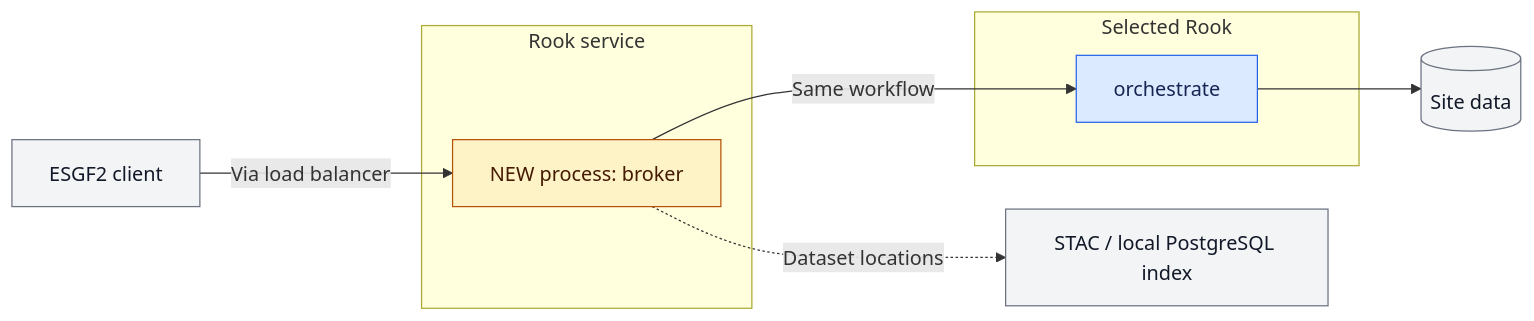
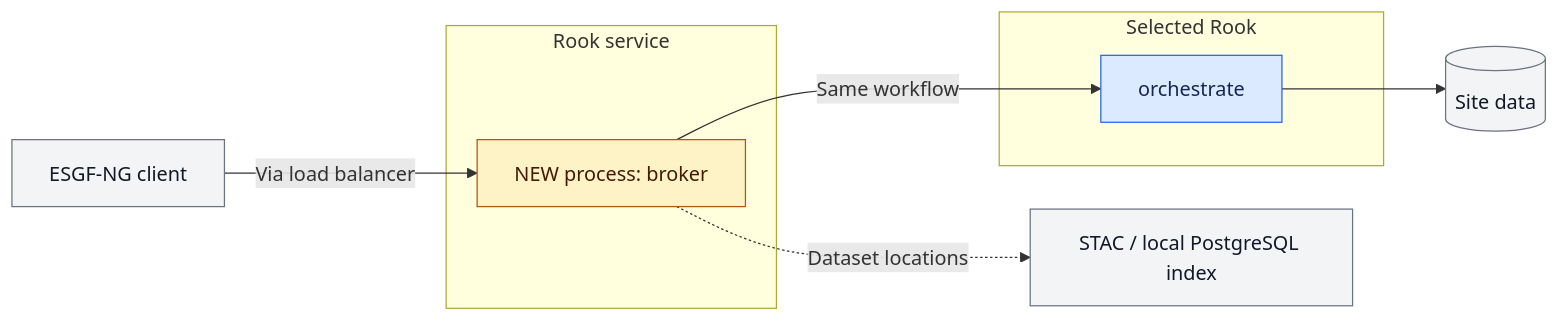
The fourth of 11 diagrams in Rook_WPS_ESGF2_talk_draft.md (roocs/rook), drawn with Mermaid before and after one commit. The commit also changed other lines of this file and 1 other file, not shown here.

Commit message:
renamed to ESGF-NG

````diff
--- a/Rook_WPS_ESGF2_talk_draft.md
+++ b/Rook_WPS_ESGF2_talk_draft.md
@@ -141,18 +141,18 @@
 ```mermaid
 flowchart LR
-    Client["ESGF2 client"] -->|"Via load balancer"| Broker
+    Client["ESGF-NG client"] -->|"Via load balancer"| Broker
     subgraph Rook["Rook service"]
         Broker["NEW process: broker"]
     end
     subgraph Selected["Selected Rook"]
         Orchestrate["orchestrate"]
     end
     Broker -->|"Same workflow"| Orchestrate
     Orchestrate --> Data[("Site data")]
     Broker -.->|"Dataset locations"| Lookup["STAC / local PostgreSQL index"]
     classDef default fill:#f3f4f6,stroke:#6b7280,color:#111827
     classDef rook fill:#dbeafe,stroke:#2563eb,color:#172554
     classDef new fill:#fef3c7,stroke:#b45309,color:#451a03
     class Orchestrate rook
     class Broker new
 ```
````
